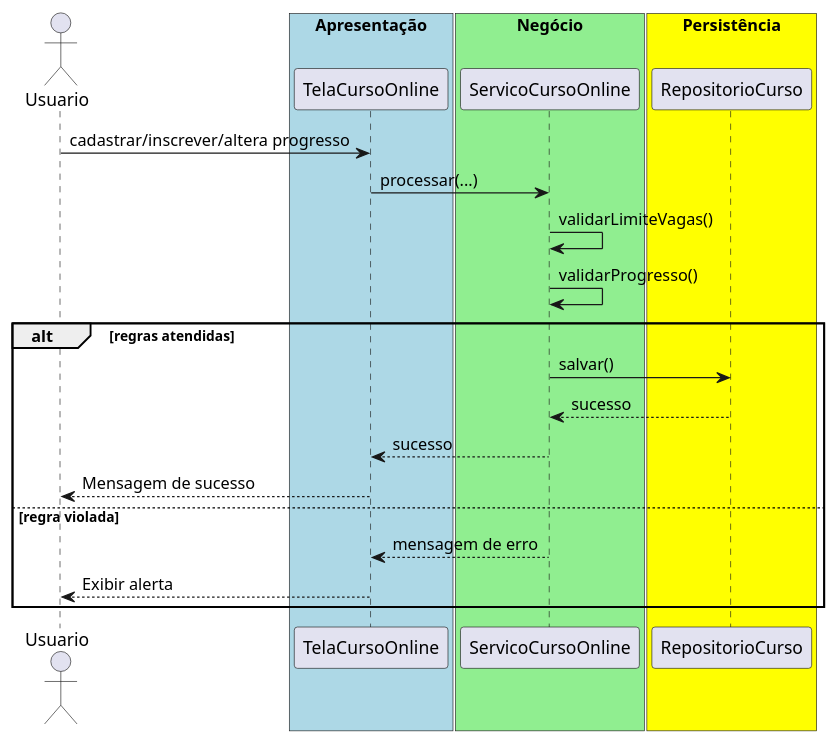
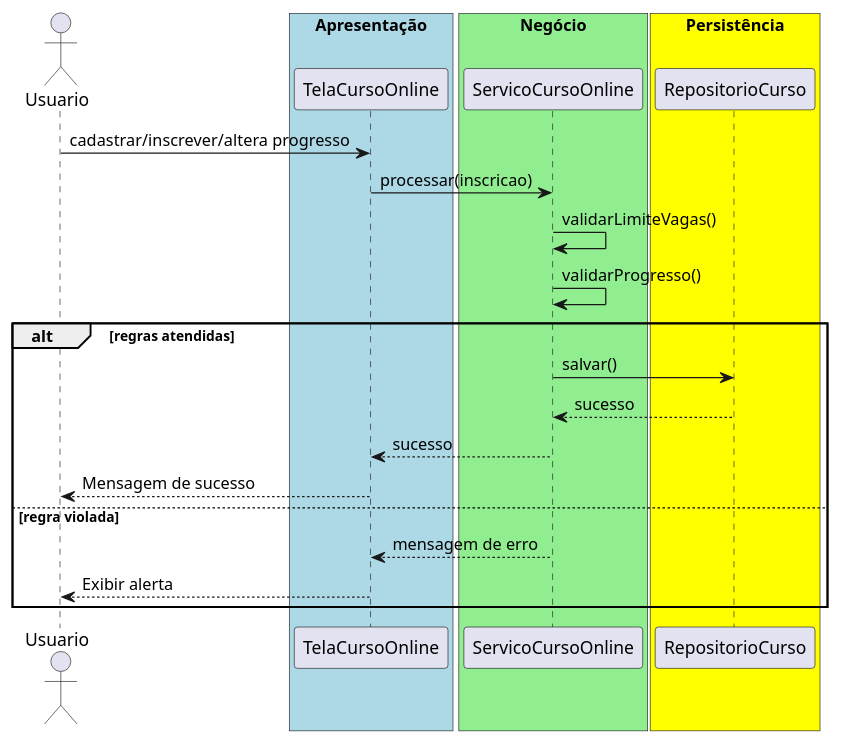
The diagram in src/trabalhos/Trabalho22.md (20261-ifba-saj-ads-poo/blog), drawn with PlantUML before and after one commit. The commit also changed other lines of this file and 35 other files, not shown here.

````diff
--- a/src/trabalhos/Trabalho22.md
+++ b/src/trabalhos/Trabalho22.md
@@ -28,27 +28,27 @@
 ```plantuml{kroki=true}
 @startuml
 actor Usuario
 box "Apresentação" #lightblue
     participant TelaCursoOnline
 end box
 box "Negócio" #lightgreen
     participant ServicoCursoOnline
 end box
 box "Persistência" #yellow
     participant RepositorioCurso
 end box
 Usuario -> TelaCursoOnline : cadastrar/inscrever/altera progresso
-TelaCursoOnline -> ServicoCursoOnline : processar(...)
+TelaCursoOnline -> ServicoCursoOnline : processar(inscricao)
 ServicoCursoOnline -> ServicoCursoOnline : validarLimiteVagas()
 ServicoCursoOnline -> ServicoCursoOnline : validarProgresso()
 alt regras atendidas
     ServicoCursoOnline -> RepositorioCurso : salvar()
     RepositorioCurso --> ServicoCursoOnline : sucesso
     ServicoCursoOnline --> TelaCursoOnline : sucesso
     TelaCursoOnline --> Usuario : Mensagem de sucesso
 else regra violada
     ServicoCursoOnline --> TelaCursoOnline : mensagem de erro
     TelaCursoOnline --> Usuario : Exibir alerta
 end
 @enduml
 ```
````
